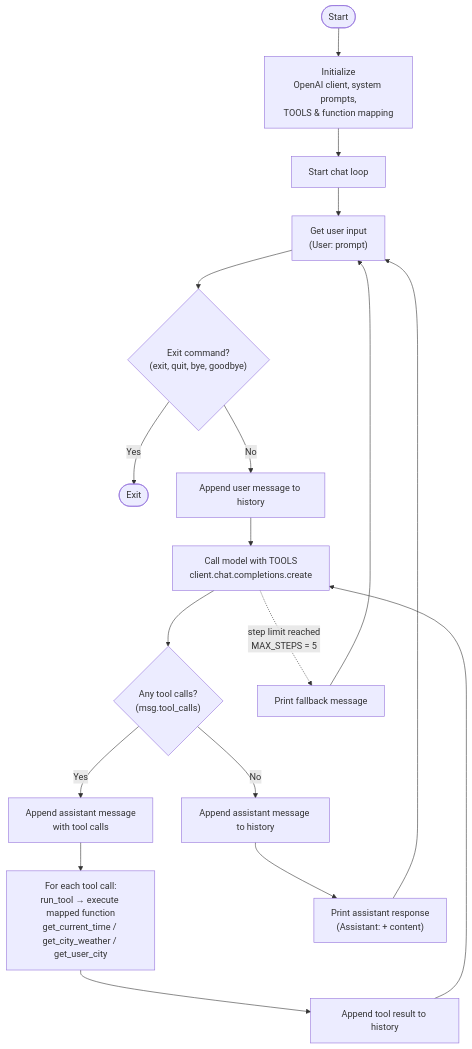
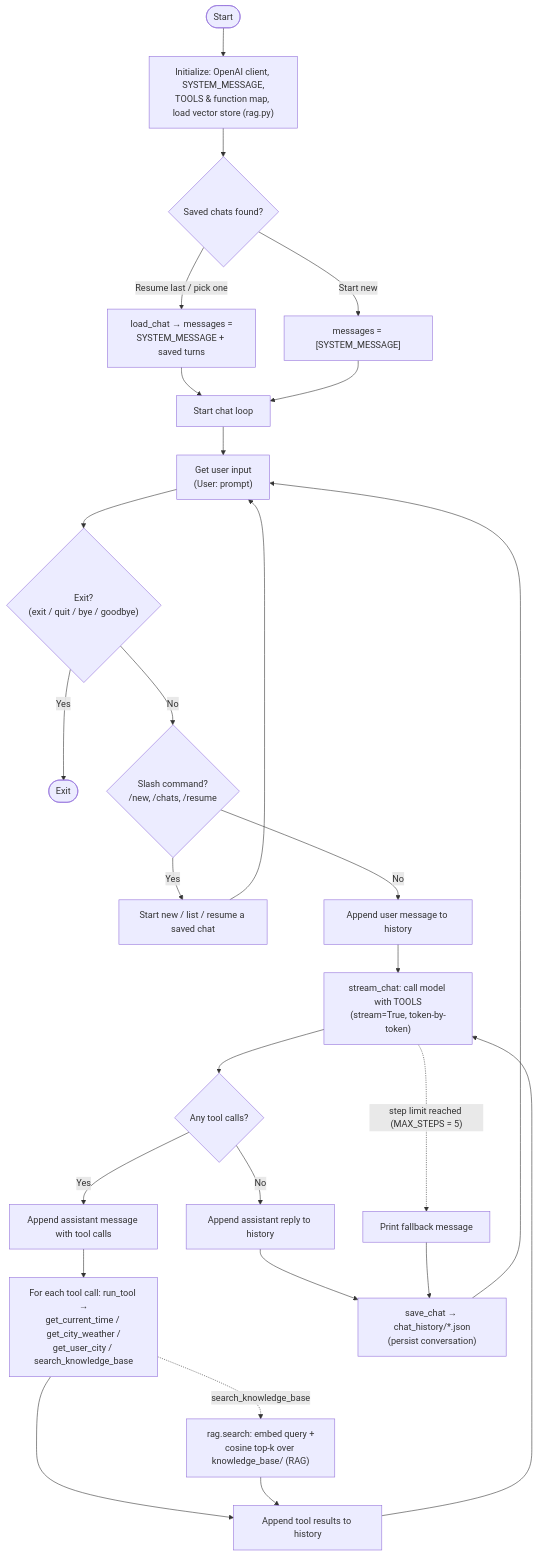
The diagram in README.md (Meher-1999/Python-AI-Agent-Ollama), drawn with Mermaid before and after one commit.

Commit message:
docs: refresh control-flow diagram for RAG, memory & chat commands
Update the Mermaid flowchart to reflect the current agent: startup resume/pick a
saved chat, /new /chats /resume commands, the search_knowledge_base -> rag.search
(RAG) retrieval path, and per-turn save_chat persistence.

````diff
--- a/README.md
+++ b/README.md
@@ -266,20 +266,28 @@
 ```mermaid
 flowchart TD
-    START([Start]) --> INIT[Initialize<br/>OpenAI client, system prompts,<br/>TOOLS &amp; function mapping]
-    INIT --> LOOP[Start chat loop]
+    START([Start]) --> INIT["Initialize: OpenAI client, SYSTEM_MESSAGE,<br/>TOOLS &amp; function map, load vector store (rag.py)"]
+    INIT --> RESUME{"Saved chats found?"}
+    RESUME -->|Resume last / pick one| LOAD["load_chat &rarr; messages =<br/>SYSTEM_MESSAGE + saved turns"]
+    RESUME -->|Start new| NEW["messages = [SYSTEM_MESSAGE]"]
+    LOAD --> LOOP[Start chat loop]
+    NEW --> LOOP
     LOOP --> INPUT["Get user input<br/>(User: prompt)"]
-    INPUT --> EXIT{"Exit command?<br/>(exit, quit, bye, goodbye)"}
+    INPUT --> EXIT{"Exit?<br/>(exit / quit / bye / goodbye)"}
     EXIT -->|Yes| DONE([Exit])
-    EXIT -->|No| APPEND[Append user message to history]
-    APPEND --> CALL[Call model with TOOLS<br/>client.chat.completions.create]
-    CALL --> TOOLS{"Any tool calls?<br/>(msg.tool_calls)"}
-    TOOLS -->|Yes| ATOOL[Append assistant message<br/>with tool calls]
-    ATOOL --> RUN[For each tool call:<br/>run_tool &rarr; execute mapped function<br/>get_current_time / get_city_weather / get_user_city]
-    RUN --> ARES[Append tool result to history]
+    EXIT -->|No| CMD{"Slash command?<br/>/new, /chats, /resume"}
+    CMD -->|Yes| HANDLE["Start new / list / resume a saved chat"] --> INPUT
+    CMD -->|No| APPEND[Append user message to history]
+    APPEND --> CALL["stream_chat: call model with TOOLS<br/>(stream=True, token-by-token)"]
+    CALL --> TOOLS{"Any tool calls?"}
+    TOOLS -->|Yes| ATOOL[Append assistant message with tool calls]
+    ATOOL --> RUN["For each tool call: run_tool &rarr;<br/>get_current_time / get_city_weather /<br/>get_user_city / search_knowledge_base"]
+    RUN -. "search_knowledge_base" .-> RAG["rag.search: embed query +<br/>cosine top-k over knowledge_base/ (RAG)"]
+    RUN --> ARES[Append tool results to history]
+    RAG --> ARES
     ARES --> CALL
-    TOOLS -->|No| AMSG[Append assistant message to history]
-    AMSG --> PRINT["Print assistant response<br/>(Assistant: + content)"]
-    PRINT --> INPUT
-    CALL -. step limit reached<br/>MAX_STEPS = 5 .-> FALLBACK[Print fallback message]
-    FALLBACK --> INPUT
+    TOOLS -->|No| AMSG[Append assistant reply to history]
+    AMSG --> SAVE["save_chat &rarr; chat_history/*.json<br/>(persist conversation)"]
+    SAVE --> INPUT
+    CALL -. "step limit reached (MAX_STEPS = 5)" .-> FALLBACK[Print fallback message]
+    FALLBACK --> SAVE
 ```
````
